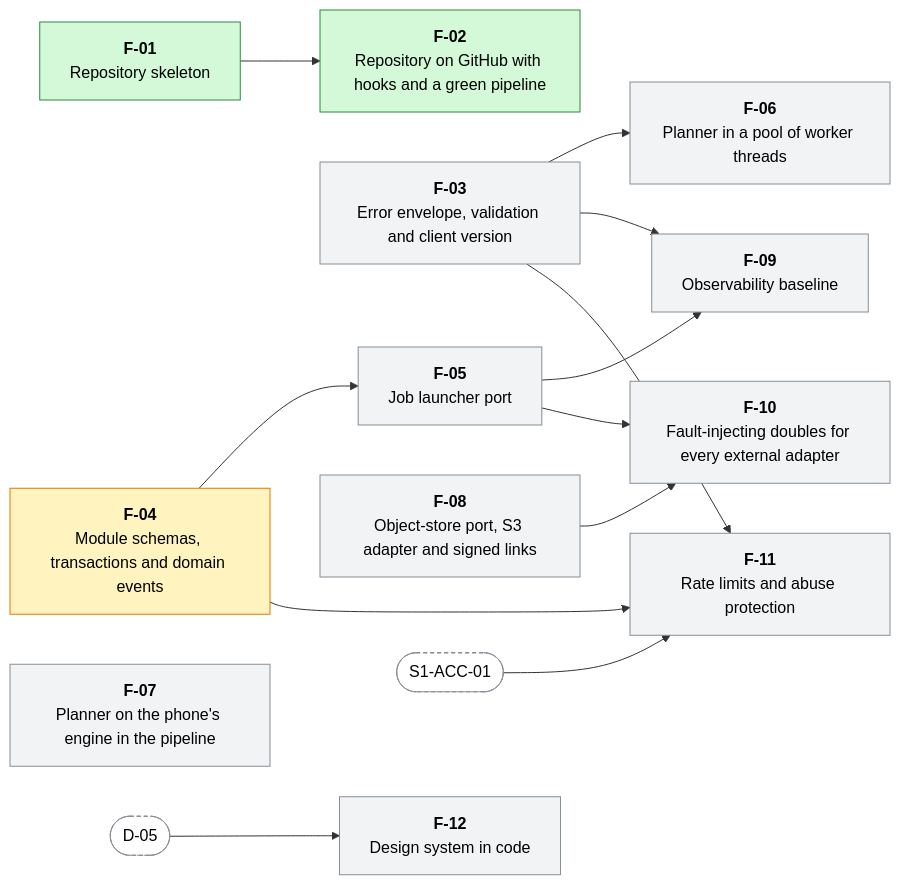
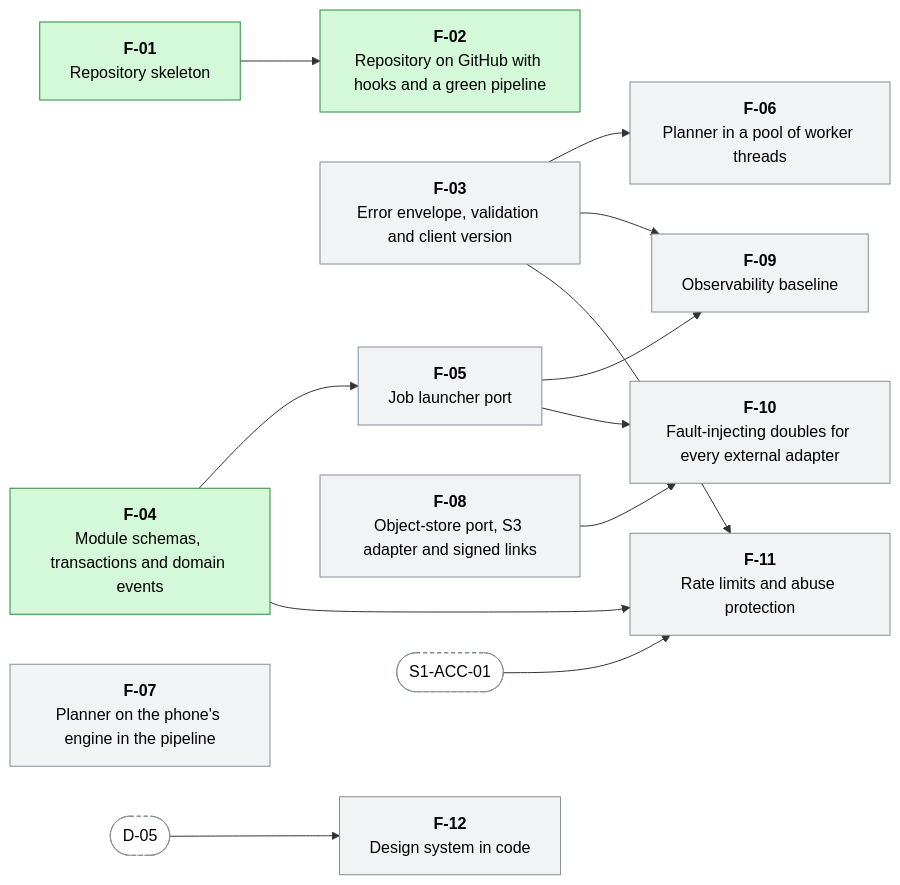
Before and after one commit to menisika/Smart-Tour-Guide-and-Itinerary-Planner: the third of 17 diagrams in docs/WORK-PLAN.md, drawn with Mermaid. The commit also changed other lines of this file and 72 other files, not shown here.

First line of the commit message:
feat(api): give modules schemas, a unit of work and domain events

````diff
--- a/docs/WORK-PLAN.md
+++ b/docs/WORK-PLAN.md
@@ -534,33 +534,33 @@
 ```mermaid
 flowchart LR
   classDef done fill:#d3f9d8,stroke:#2b8a3e,color:#000
   classDef progress fill:#fff3bf,stroke:#e67700,color:#000
   classDef blocked fill:#ffe3e3,stroke:#c92a2a,color:#000
   classDef todo fill:#f1f3f5,stroke:#868e96,color:#000
   classDef outside fill:#ffffff,stroke:#868e96,stroke-dasharray:4 3,color:#000
   F_01["<b>F-01</b><br/>Repository skeleton"]:::done
   F_02["<b>F-02</b><br/>Repository on GitHub with hooks and a green pipeline"]:::done
   F_03["<b>F-03</b><br/>Error envelope, validation and client version"]:::todo
-  F_04["<b>F-04</b><br/>Module schemas, transactions and domain events"]:::progress
+  F_04["<b>F-04</b><br/>Module schemas, transactions and domain events"]:::done
   F_05["<b>F-05</b><br/>Job launcher port"]:::todo
   F_06["<b>F-06</b><br/>Planner in a pool of worker threads"]:::todo
   F_07["<b>F-07</b><br/>Planner on the phone's engine in the pipeline"]:::todo
   F_08["<b>F-08</b><br/>Object-store port, S3 adapter and signed links"]:::todo
   F_09["<b>F-09</b><br/>Observability baseline"]:::todo
   F_10["<b>F-10</b><br/>Fault-injecting doubles for every external adapter"]:::todo
   F_11["<b>F-11</b><br/>Rate limits and abuse protection"]:::todo
   F_12["<b>F-12</b><br/>Design system in code"]:::todo
   D_05(["D-05"]):::outside
   S1_ACC_01(["S1-ACC-01"]):::outside
   F_01 --> F_02
   F_04 --> F_05
   F_03 --> F_06
   F_03 --> F_09
   F_05 --> F_09
   F_08 --> F_10
   F_05 --> F_10
   F_03 --> F_11
   F_04 --> F_11
   S1_ACC_01 --> F_11
   D_05 --> F_12
 ```
````
